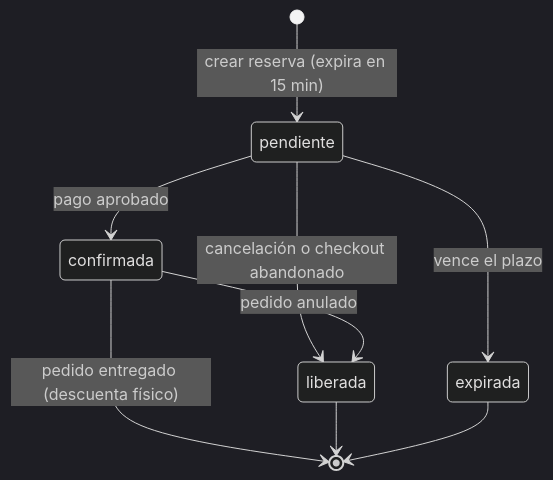
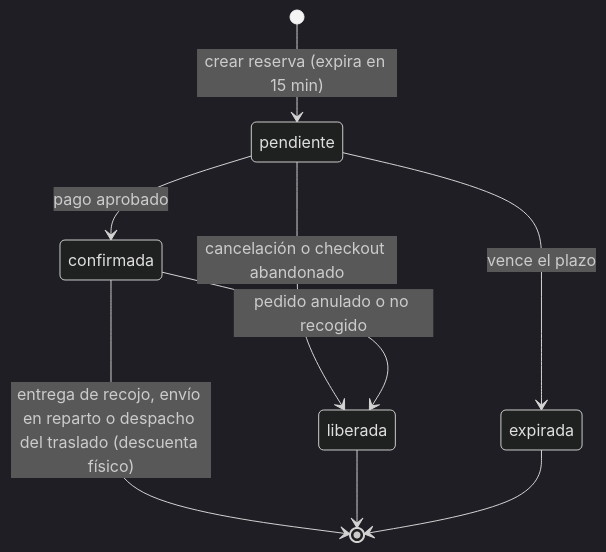
Before and after one commit to P35C4D0R4B1050/BabelHub: the first of 3 diagrams in docs/03-diseno-de-software/06-estados-y-concurrencia.md, drawn with Mermaid (dark theme). The commit also changed other lines of this file and 29 other files, not shown here.

First line of the commit message:
docs: align analysis, architecture, design, security and UX docs with the specs

````diff
--- a/docs/03-diseno-de-software/06-estados-y-concurrencia.md
+++ b/docs/03-diseno-de-software/06-estados-y-concurrencia.md
@@ -9,11 +9,11 @@
 ```mermaid
 stateDiagram-v2
 [*] --> pendiente : crear reserva (expira en 15 min)
 pendiente --> confirmada : pago aprobado
 pendiente --> liberada : cancelación o checkout abandonado
 pendiente --> expirada : vence el plazo
-confirmada --> liberada : pedido anulado
-confirmada --> [*] : pedido entregado (descuenta físico)
+confirmada --> liberada : pedido anulado o no recogido
+confirmada --> [*] : entrega de recojo, envío en reparto o despacho del traslado (descuenta físico)
 liberada --> [*]
 expirada --> [*]
 ```
````
